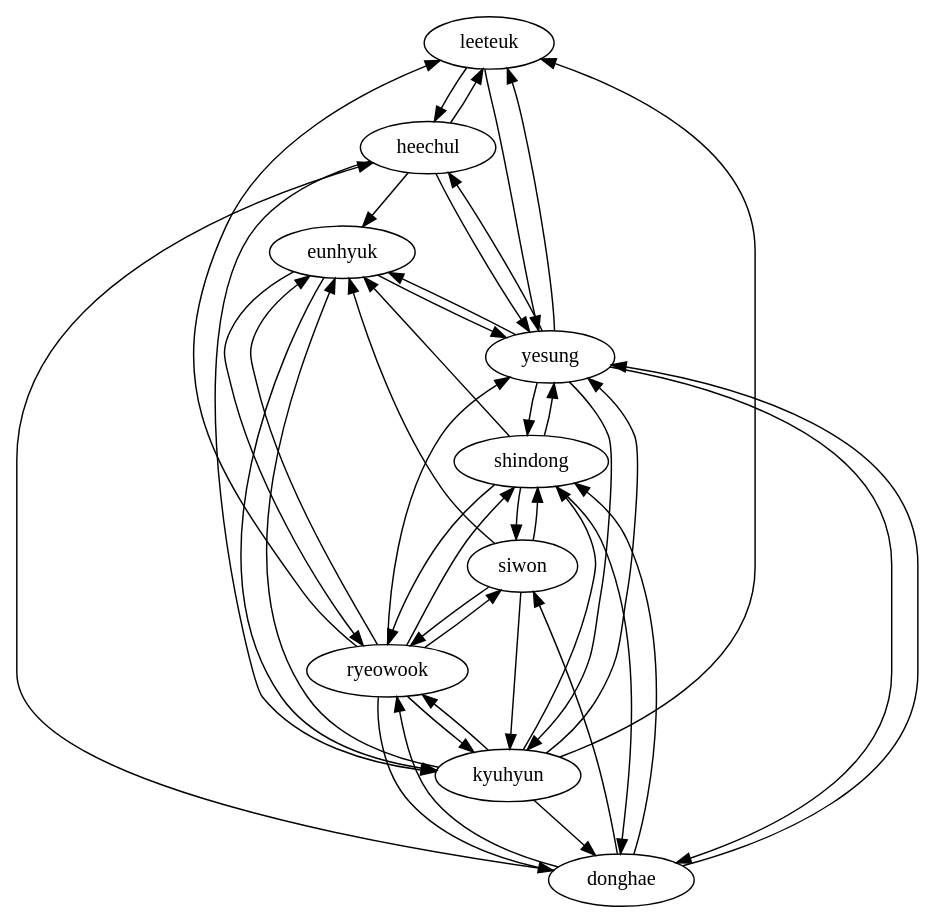
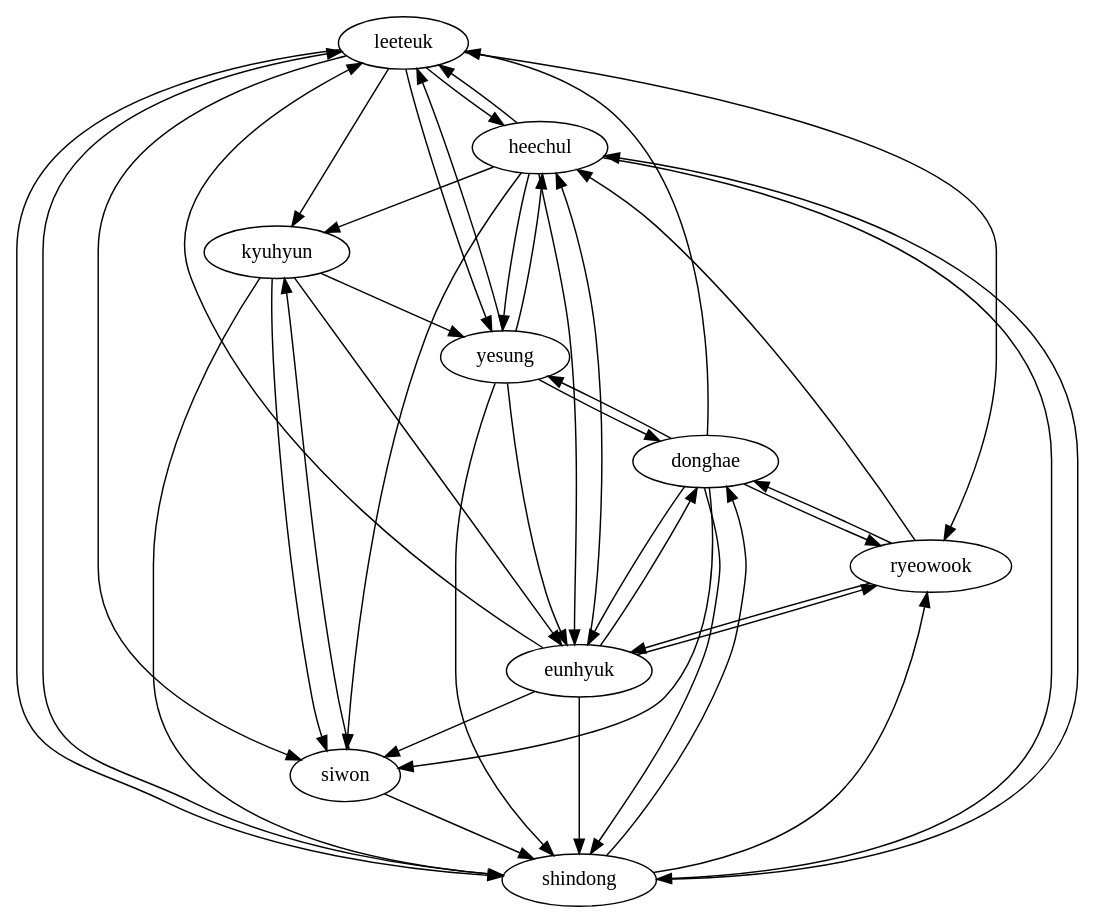
One commit to hannimpeha/WS changed the diagram in src/main/java/resource/awesome.dot. Above: the diagram before and after it, drawn with Graphviz. The commit also changed 59 other files, not shown here.

```diff
--- a/src/main/java/resource/awesome.dot
+++ b/src/main/java/resource/awesome.dot
@@ -1,44 +1,44 @@
 digraph {
 leeteuk->heechul;
 heechul->leeteuk;
 leeteuk->yesung;
 yesung->leeteuk;
-ryeowook->leeteuk;
-kyuhyun->leeteuk;
+leeteuk->shindong;
+shindong->leeteuk;
+eunhyuk->leeteuk;
+donghae->leeteuk;
+leeteuk->siwon;
+leeteuk->ryeowook;
+leeteuk->kyuhyun;
 heechul->yesung;
 yesung->heechul;
+heechul->shindong;
+shindong->heechul;
 heechul->eunhyuk;
-donghae->heechul;
+eunhyuk->heechul;
+heechul->siwon;
+ryeowook->heechul;
 heechul->kyuhyun;
 yesung->shindong;
-shindong->yesung;
 yesung->eunhyuk;
-eunhyuk->yesung;
 yesung->donghae;
 donghae->yesung;
-ryeowook->yesung;
-yesung->kyuhyun;
 kyuhyun->yesung;
-shindong->eunhyuk;
+eunhyuk->shindong;
 shindong->donghae;
 donghae->shindong;
-shindong->siwon;
 siwon->shindong;
 shindong->ryeowook;
-ryeowook->shindong;
 kyuhyun->shindong;
-siwon->eunhyuk;
+eunhyuk->donghae;
+donghae->eunhyuk;
+eunhyuk->siwon;
 eunhyuk->ryeowook;
 ryeowook->eunhyuk;
-eunhyuk->kyuhyun;
 kyuhyun->eunhyuk;
 donghae->siwon;
 donghae->ryeowook;
 ryeowook->donghae;
-kyuhyun->donghae;
-siwon->ryeowook;
-ryeowook->siwon;
 siwon->kyuhyun;
-ryeowook->kyuhyun;
-kyuhyun->ryeowook;
+kyuhyun->siwon;
 }
```
